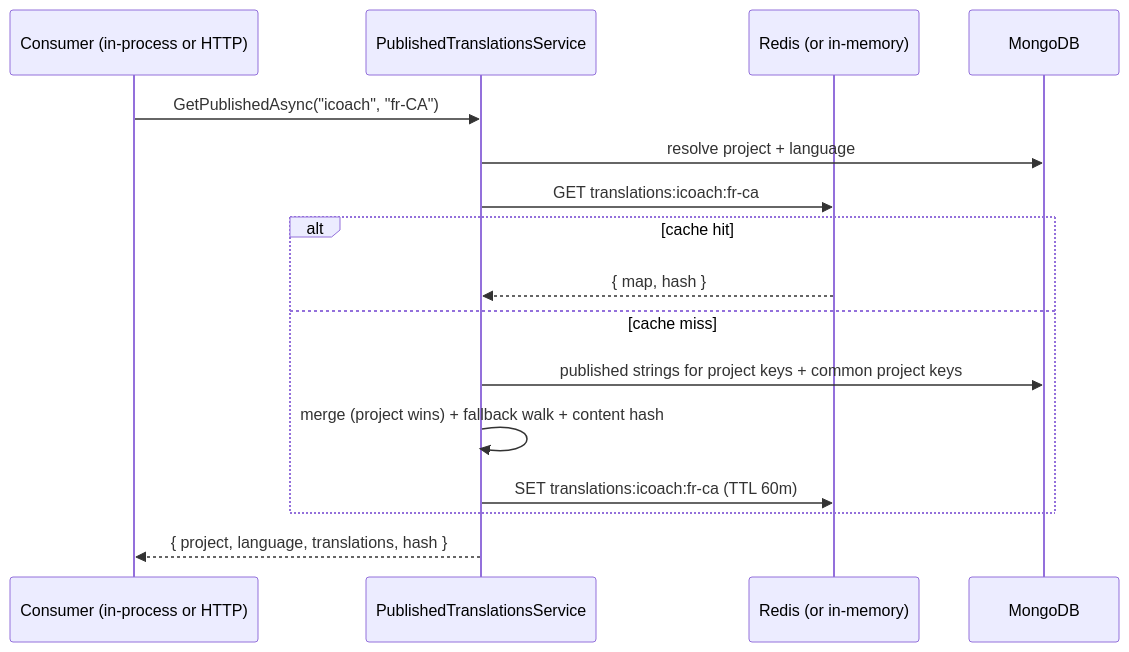
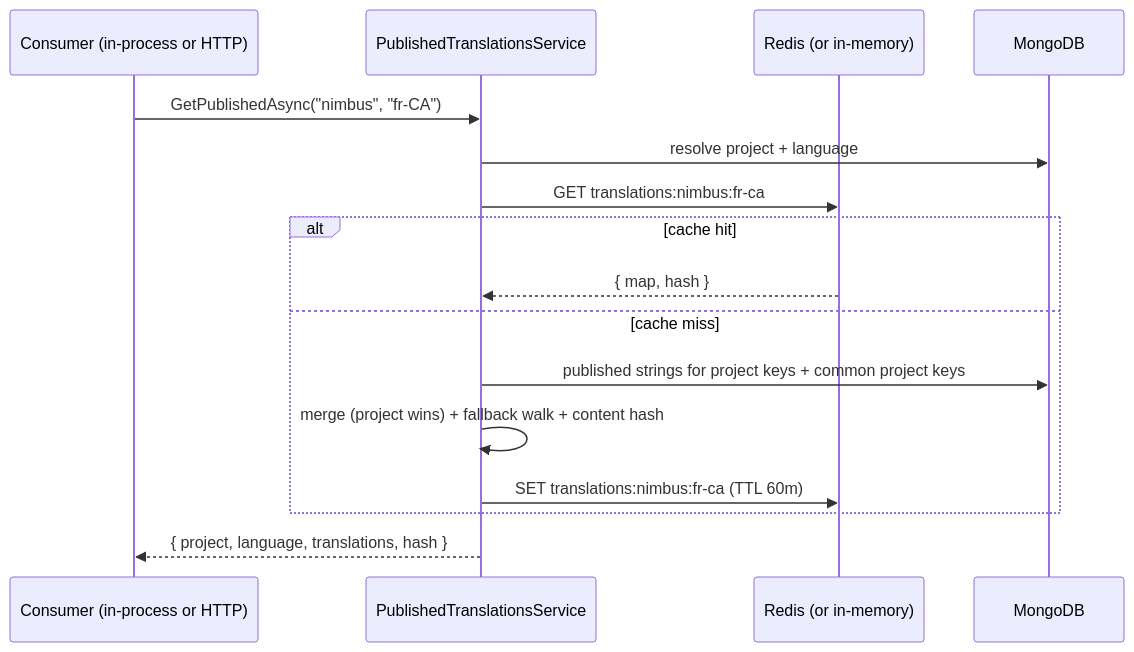
Before and after one commit to mohammedmsadiq/CTMS: the fourth of 5 diagrams in docs/architecture.md, drawn with Mermaid. The commit also changed 21 other files, not shown here.

First line of the commit message:
Rename the sample project icoach -> nimbus

````diff
--- a/docs/architecture.md
+++ b/docs/architecture.md
@@ -139,19 +139,19 @@
 ```mermaid
 sequenceDiagram
     participant C as Consumer (in-process or HTTP)
     participant Svc as PublishedTranslationsService
     participant Cache as Redis (or in-memory)
     participant Mongo as MongoDB
 
-    C->>Svc: GetPublishedAsync("icoach", "fr-CA")
+    C->>Svc: GetPublishedAsync("nimbus", "fr-CA")
     Svc->>Mongo: resolve project + language
-    Svc->>Cache: GET translations:icoach:fr-ca
+    Svc->>Cache: GET translations:nimbus:fr-ca
     alt cache hit
         Cache-->>Svc: { map, hash }
     else cache miss
         Svc->>Mongo: published strings for project keys + common project keys
         Svc->>Svc: merge (project wins) + fallback walk + content hash
-        Svc->>Cache: SET translations:icoach:fr-ca (TTL 60m)
+        Svc->>Cache: SET translations:nimbus:fr-ca (TTL 60m)
     end
     Svc-->>C: { project, language, translations, hash }
 ```
````
